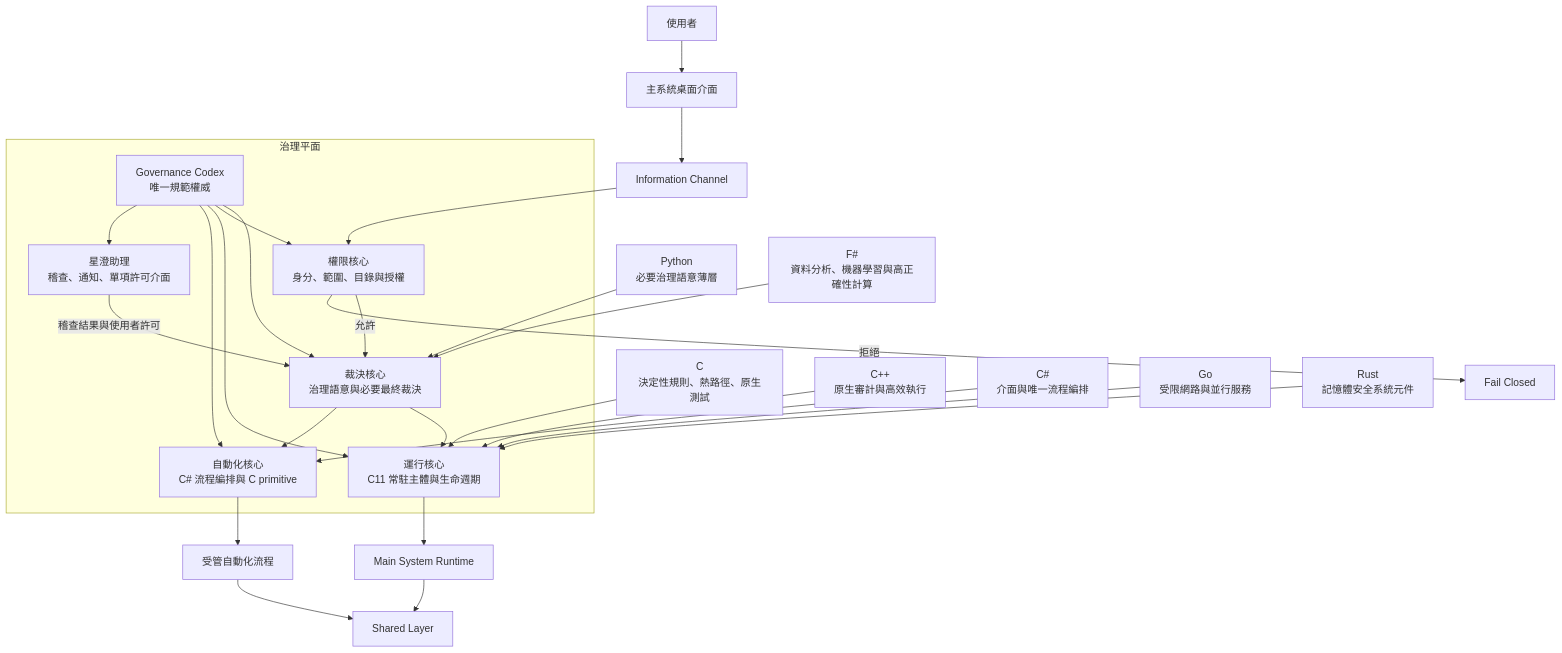
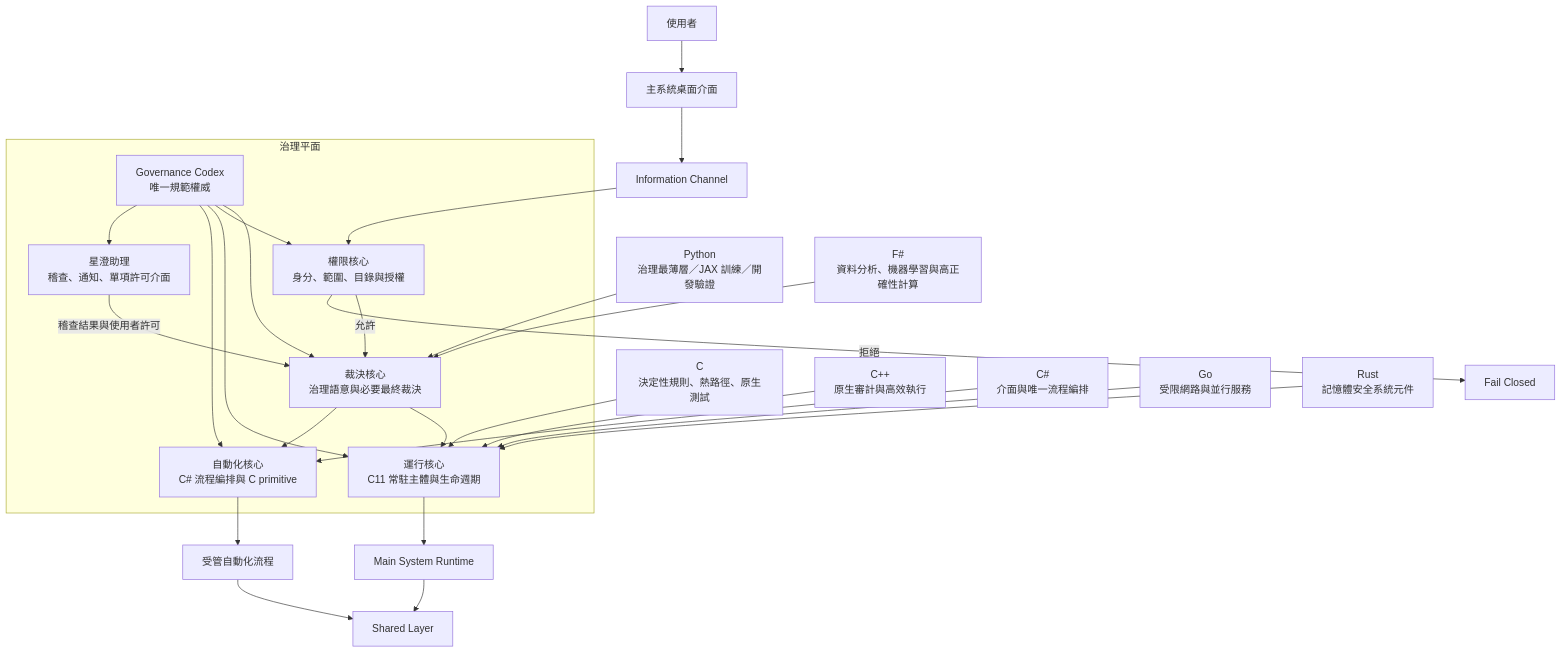
Before and after one commit to guilty442-source/GPTBridge: the first of 11 diagrams in governance_rule/codex/architecture-project.md, drawn with Mermaid. The commit also changed other lines of this file and 62 other files, not shown here.

````diff
--- a/governance_rule/codex/architecture-project.md
+++ b/governance_rule/codex/architecture-project.md
@@ -7,39 +7,39 @@
 ```mermaid
 flowchart TB
   U[使用者] --> UI[主系統桌面介面]
   UI --> IC[Information Channel]
 
   subgraph GOV[治理平面]
     CX[Governance Codex<br/>唯一規範權威]
     DC[裁決核心<br/>治理語意與必要最終裁決]
     PC[權限核心<br/>身分、範圍、目錄與授權]
     RC[運行核心<br/>C11 常駐主體與生命週期]
     AC[自動化核心<br/>C# 流程編排與 C primitive]
     XA[星澄助理<br/>稽查、通知、單項許可介面]
     CX --> DC
     CX --> PC
     CX --> RC
     CX --> AC
     CX --> XA
   end
 
   IC --> PC
   PC -->|允許| DC
   PC -->|拒絕| DENY[Fail Closed]
   DC --> RC
   DC --> AC
   XA -->|稽查結果與使用者許可| DC
 
   RC --> MS[Main System Runtime]
   AC --> FLOW[受管自動化流程]
   MS --> SL[Shared Layer]
   FLOW --> SL
 
   C[C<br/>決定性規則、熱路徑、原生測試] --> RC
   CPP[C++<br/>原生審計與高效執行] --> RC
   CS[C#<br/>介面與唯一流程編排] --> AC
-  PY[Python<br/>必要治理語意薄層] --> DC
+  PY[Python<br/>治理最薄層／JAX 訓練／開發驗證] --> DC
   FS[F#<br/>資料分析、機器學習與高正確性計算] --> DC
   GO[Go<br/>受限網路與並行服務] --> RC
   RS[Rust<br/>記憶體安全系統元件] --> RC
 ```
````
